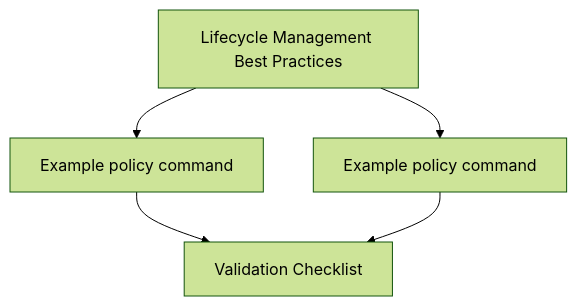
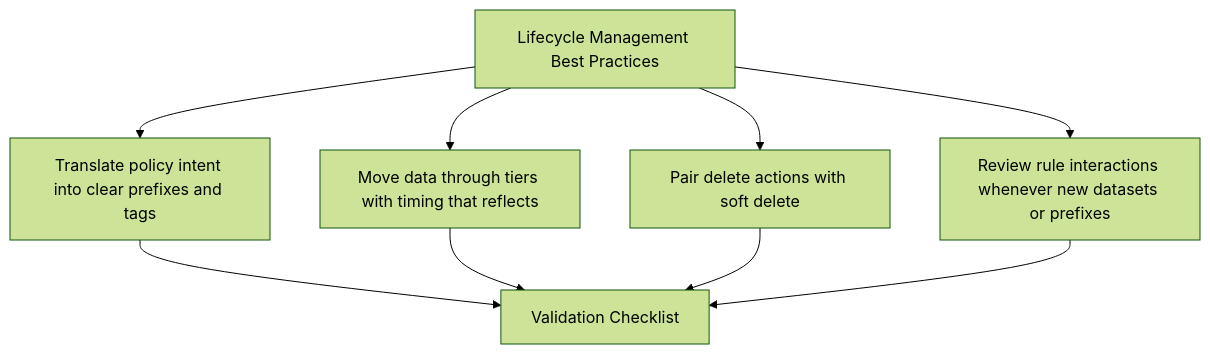
Before and after one commit to yeongseon/azure-storage-practical-guide: the diagram in docs/best-practices/lifecycle-management-best-practices.md, drawn with Mermaid (forest theme). The commit also changed 9 other files, not shown here.

Commit message:
fix: rebuild remaining BP diagrams from practice bullets with label shortening

````diff
--- a/docs/best-practices/lifecycle-management-best-practices.md
+++ b/docs/best-practices/lifecycle-management-best-practices.md
@@ -29,11 +29,17 @@
 ```mermaid
 flowchart TD
     T["Lifecycle Management Best Practices"]
-    P1["Example policy command"]
+    P1["Translate policy intent into clear prefixes and tags"]
     T --> P1
-    P2["Example policy command"]
+    P2["Move data through tiers with timing that reflects"]
     T --> P2
+    P3["Pair delete actions with soft delete"]
+    T --> P3
+    P4["Review rule interactions whenever new datasets or prefixes"]
+    T --> P4
     V["Validation Checklist"]
     P1 --> V
     P2 --> V
+    P3 --> V
+    P4 --> V
 ```
````
